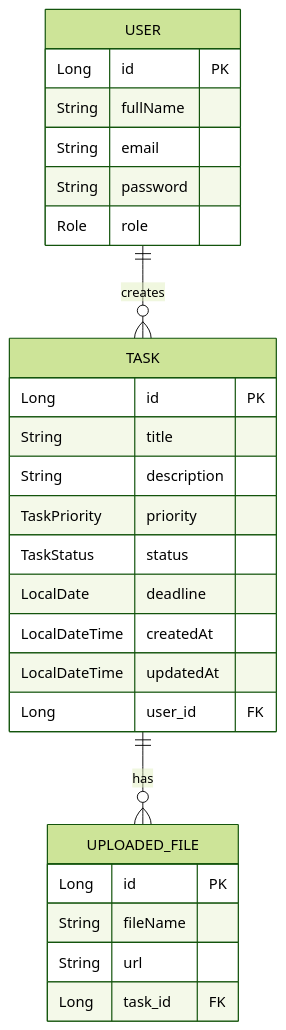
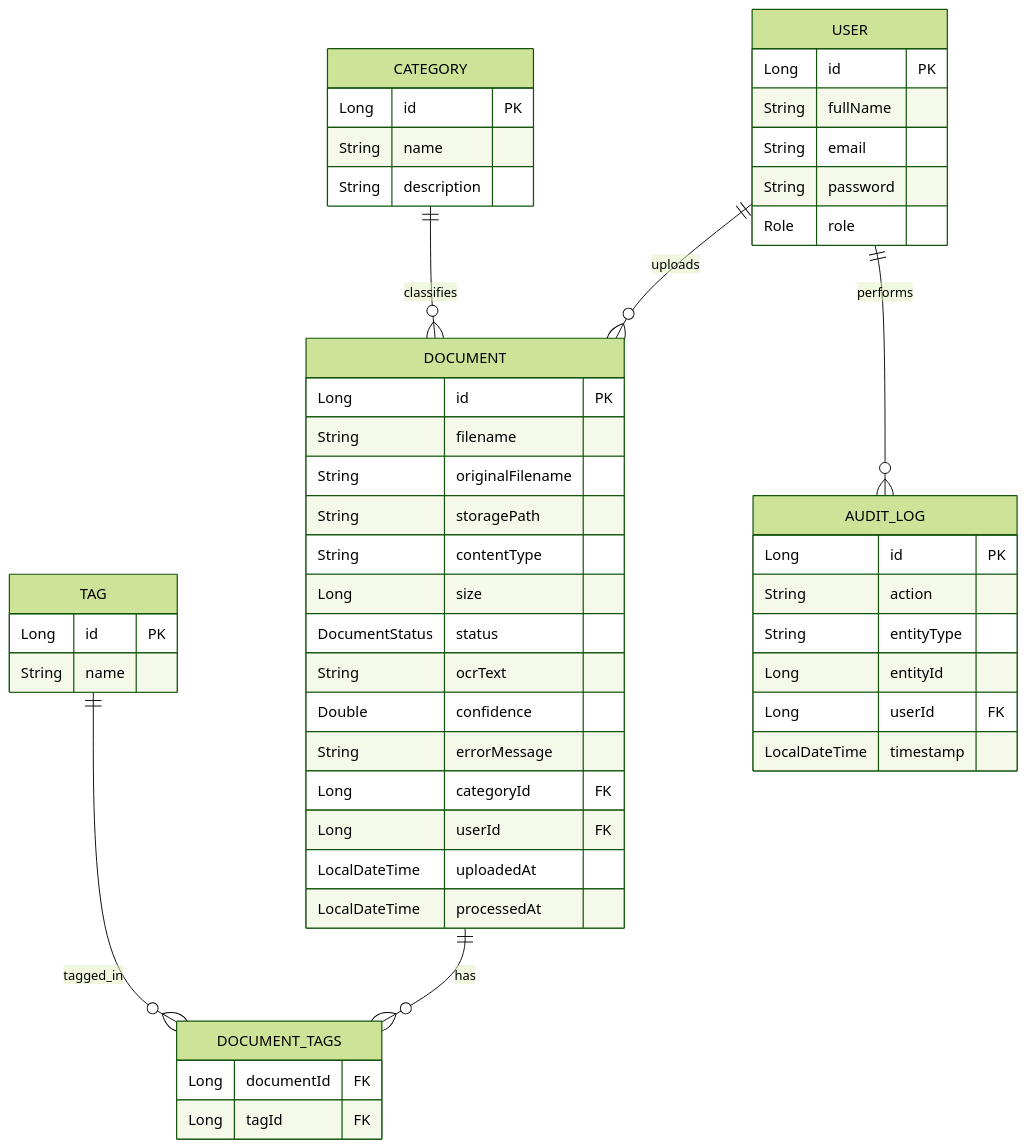
Before and after one commit to KACHOURElmehdi/Docs: the first of 3 diagrams in README.md, drawn with Mermaid (forest theme). The commit also changed other lines of this file, not shown here.

````diff
--- a/README.md
+++ b/README.md
@@ -58,32 +104,58 @@
 ```mermaid
 erDiagram
-    USER ||--o{ TASK : "creates"
-    TASK ||--o{ UPLOADED_FILE : "has"
+    USER ||--o{ DOCUMENT : "uploads"
+    CATEGORY ||--o{ DOCUMENT : "classifies"
+    DOCUMENT ||--o{ DOCUMENT_TAGS : "has"
+    TAG ||--o{ DOCUMENT_TAGS : "tagged_in"
+    USER ||--o{ AUDIT_LOG : "performs"
 
     USER {
         Long id PK
         String fullName
         String email
         String password
         Role role
     }
 
-    TASK {
+    DOCUMENT {
         Long id PK
-        String title
-        String description
-        TaskPriority priority
-        TaskStatus status
-        LocalDate deadline
-        LocalDateTime createdAt
-        LocalDateTime updatedAt
-        Long user_id FK
+        String filename
+        String originalFilename
+        String storagePath
+        String contentType
+        Long size
+        DocumentStatus status
+        String ocrText
+        Double confidence
+        String errorMessage
+        Long categoryId FK
+        Long userId FK
+        LocalDateTime uploadedAt
+        LocalDateTime processedAt
     }
 
-    UPLOADED_FILE {
+    CATEGORY {
         Long id PK
-        String fileName
-        String url
-        Long task_id FK
+        String name
+        String description
+    }
+
+    TAG {
+        Long id PK
+        String name
+    }
+
+    DOCUMENT_TAGS {
+        Long documentId FK
+        Long tagId FK
+    }
+
+    AUDIT_LOG {
+        Long id PK
+        String action
+        String entityType
+        Long entityId
+        Long userId FK
+        LocalDateTime timestamp
     }
 ```
````
